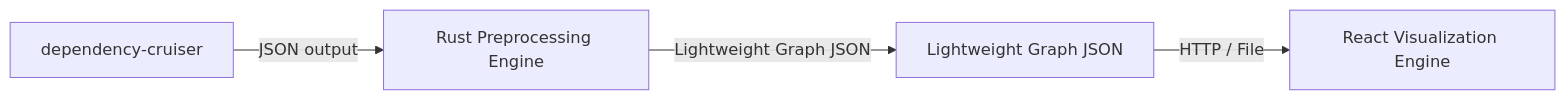
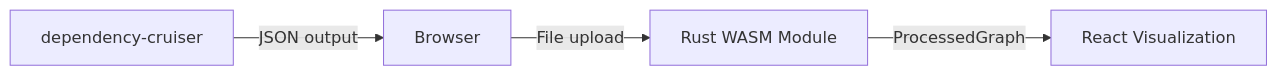
The first of 3 diagrams in docs/architecture/overview.md (fisher-89/dependency-cruiser-reporter), drawn with Mermaid before and after one commit. The commit also changed other lines of this file and 7 other files, not shown here.

````diff
--- a/docs/architecture/overview.md
+++ b/docs/architecture/overview.md
@@ -5,6 +5,6 @@
 ```mermaid
 flowchart LR
-    DC[dependency-cruiser] -->|JSON output| Rust[Rust Preprocessing Engine]
-    Rust -->|Lightweight Graph JSON| JSON[Lightweight Graph JSON]
-    JSON -->|HTTP / File| React[React Visualization Engine]
+    DC[dependency-cruiser] -->|JSON output| Browser[Browser]
+    Browser -->|File upload| WASM[Rust WASM Module]
+    WASM -->|ProcessedGraph| React[React Visualization]
 ```
````
